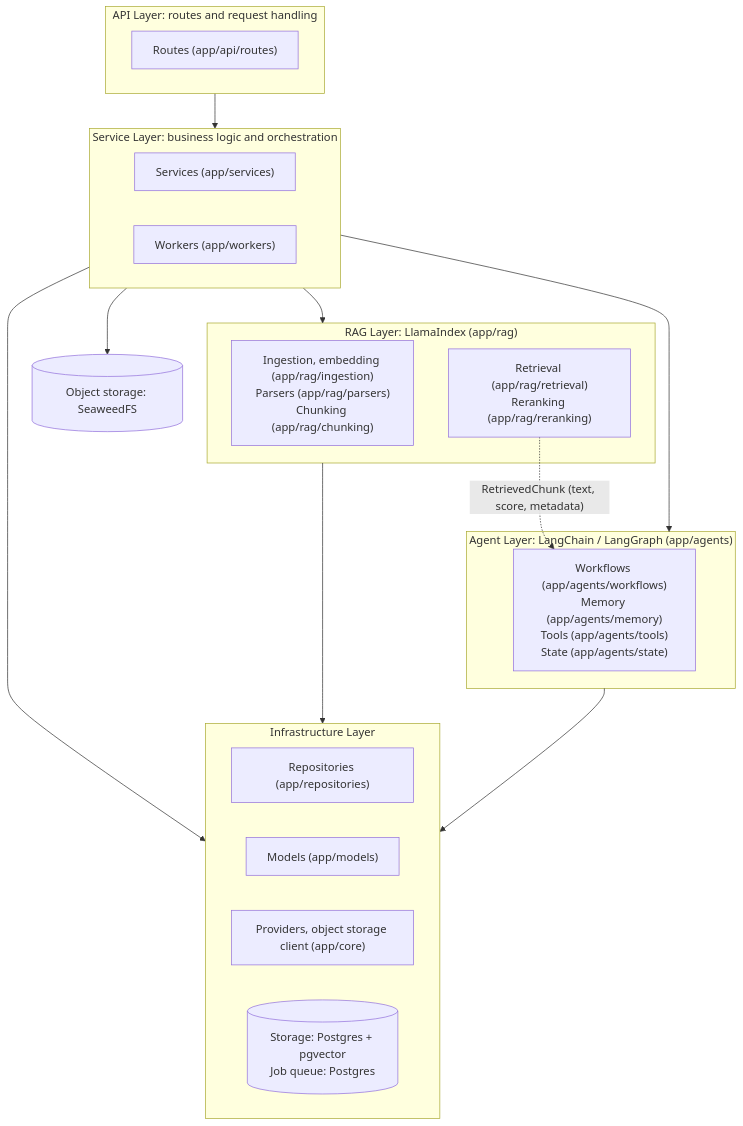
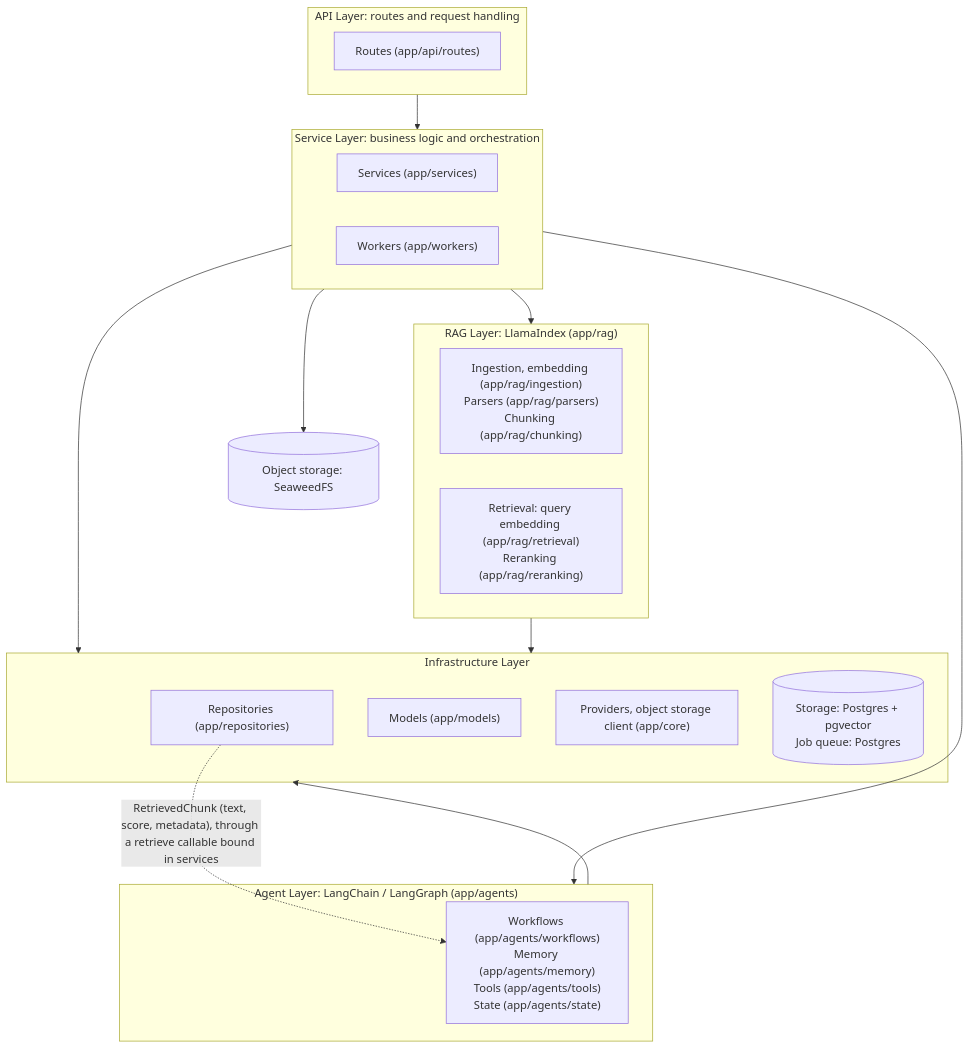
The second of 5 diagrams in docs/architecture/diagrams.md (JosephSuyam/ragidy), drawn with Mermaid before and after one commit. The commit also changed other lines of this file and 5 other files, not shown here.

````diff
--- a/docs/architecture/diagrams.md
+++ b/docs/architecture/diagrams.md
@@ -26,32 +26,32 @@
 ```mermaid
 flowchart TD
   subgraph API["API Layer: routes and request handling"]
     routes["Routes (app/api/routes)"]
   end
   subgraph SERVICE["Service Layer: business logic and orchestration"]
     services["Services (app/services)"]
     workers["Workers (app/workers)"]
   end
   subgraph RAG["RAG Layer: LlamaIndex (app/rag)"]
     ingestion["Ingestion, embedding (app/rag/ingestion)<br/>Parsers (app/rag/parsers)<br/>Chunking (app/rag/chunking)"]
-    retrieval["Retrieval (app/rag/retrieval)<br/>Reranking (app/rag/reranking)"]
+    retrieval["Retrieval: query embedding (app/rag/retrieval)<br/>Reranking (app/rag/reranking)"]
   end
   subgraph AGENTS["Agent Layer: LangChain / LangGraph (app/agents)"]
     agentmods["Workflows (app/agents/workflows)<br/>Memory (app/agents/memory)<br/>Tools (app/agents/tools)<br/>State (app/agents/state)"]
   end
   subgraph INFRA["Infrastructure Layer"]
     repos["Repositories (app/repositories)"]
     models["Models (app/models)"]
     providers["Providers, object storage client (app/core)"]
     storage[("Storage: Postgres + pgvector<br/>Job queue: Postgres")]
   end
   objstore[("Object storage: SeaweedFS")]
   API --> SERVICE
   SERVICE --> RAG
   SERVICE --> AGENTS
   SERVICE --> INFRA
   SERVICE --> objstore
   RAG --> INFRA
   AGENTS --> INFRA
-  retrieval -.->|"RetrievedChunk (text, score, metadata)"| agentmods
+  repos -.->|"RetrievedChunk (text, score, metadata), through a retrieve callable bound in services"| agentmods
 ```
````
